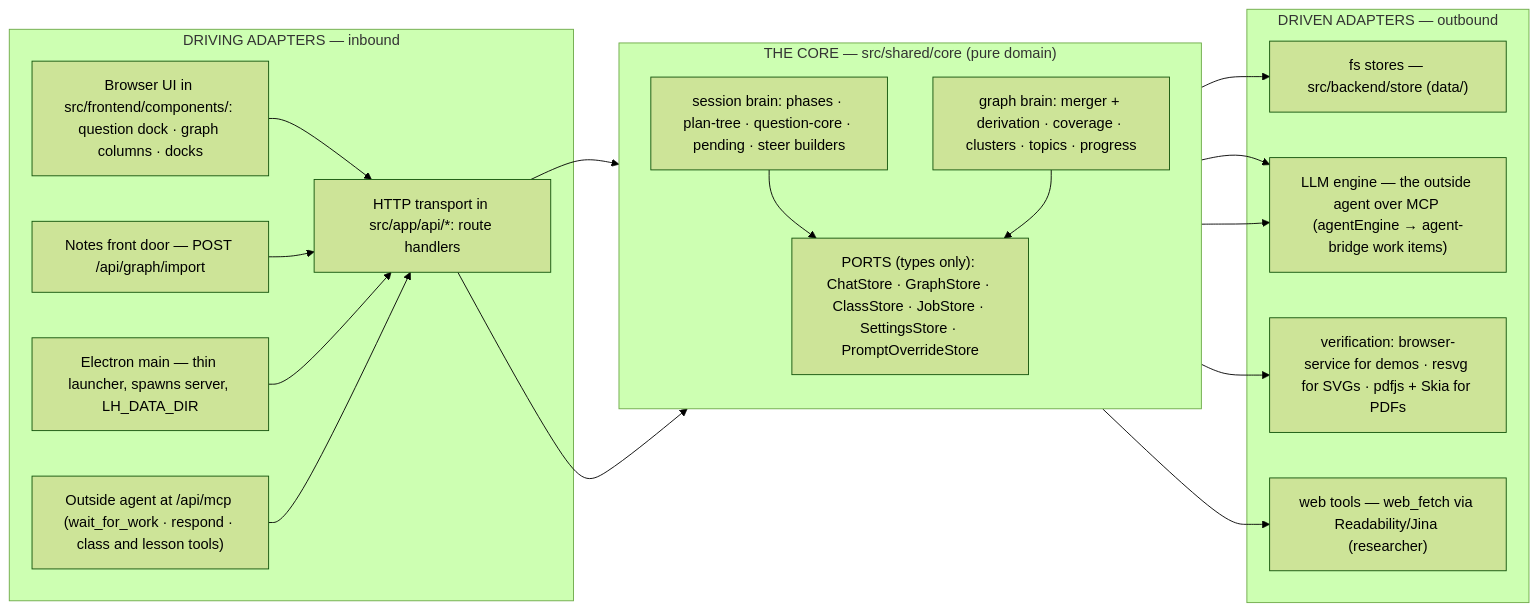
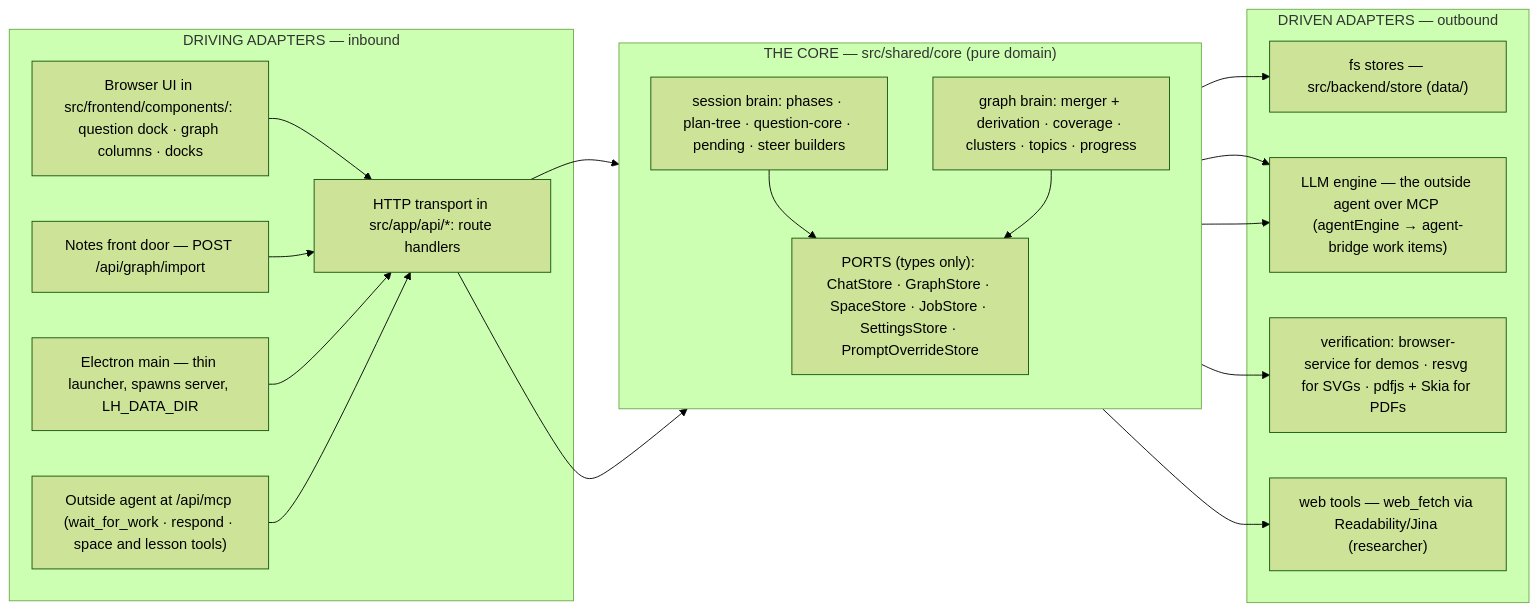
The second of 7 diagrams in docs/architecture.md (bayshores/godspeed), drawn with Mermaid (forest theme) before and after one commit. The commit also changed other lines of this file and 8 other files, not shown here.

````diff
--- a/docs/architecture.md
+++ b/docs/architecture.md
@@ -171,38 +171,38 @@
 ```mermaid
 flowchart LR
     subgraph DRIVING["DRIVING ADAPTERS — inbound"]
         BROWSER["Browser UI in src/frontend/components/: question dock · graph columns · docks"]
         HTTP["HTTP transport in src/app/api/*: route handlers"]
-        MCPIN["Outside agent at /api/mcp (wait_for_work · respond · class and lesson tools)"]
+        MCPIN["Outside agent at /api/mcp (wait_for_work · respond · space and lesson tools)"]
         NOTES["Notes front door — POST /api/graph/import"]
         ELEC["Electron main — thin launcher, spawns server, LH_DATA_DIR"]
     end
 
     subgraph HEXCORE["THE CORE — src/shared/core (pure domain)"]
         direction TB
         SESS["session brain: phases · plan-tree · question-core · pending · steer builders"]
         GBRAIN["graph brain: merger + derivation · coverage · clusters · topics · progress"]
-        PORTSBOX["PORTS (types only): ChatStore · GraphStore · ClassStore · JobStore · SettingsStore · PromptOverrideStore"]
+        PORTSBOX["PORTS (types only): ChatStore · GraphStore · SpaceStore · JobStore · SettingsStore · PromptOverrideStore"]
     end
 
     subgraph DRIVEN["DRIVEN ADAPTERS — outbound"]
         FS["fs stores — src/backend/store (data/)"]
         LLM["LLM engine — the outside agent over MCP (agentEngine → agent-bridge work items)"]
         HEAD["verification: browser-service for demos · resvg for SVGs · pdfjs + Skia for PDFs"]
         WEB["web tools — web_fetch via Readability/Jina (researcher)"]
     end
 
     BROWSER --> HTTP
     NOTES --> HTTP
     ELEC --> HTTP
     MCPIN --> HTTP
     HTTP --> SESS
     HTTP --> GBRAIN
     SESS --> PORTSBOX
     GBRAIN --> PORTSBOX
     PORTSBOX --> FS
     SESS --> LLM
     GBRAIN --> LLM
     SESS --> HEAD
     SESS --> WEB
 ```
````
